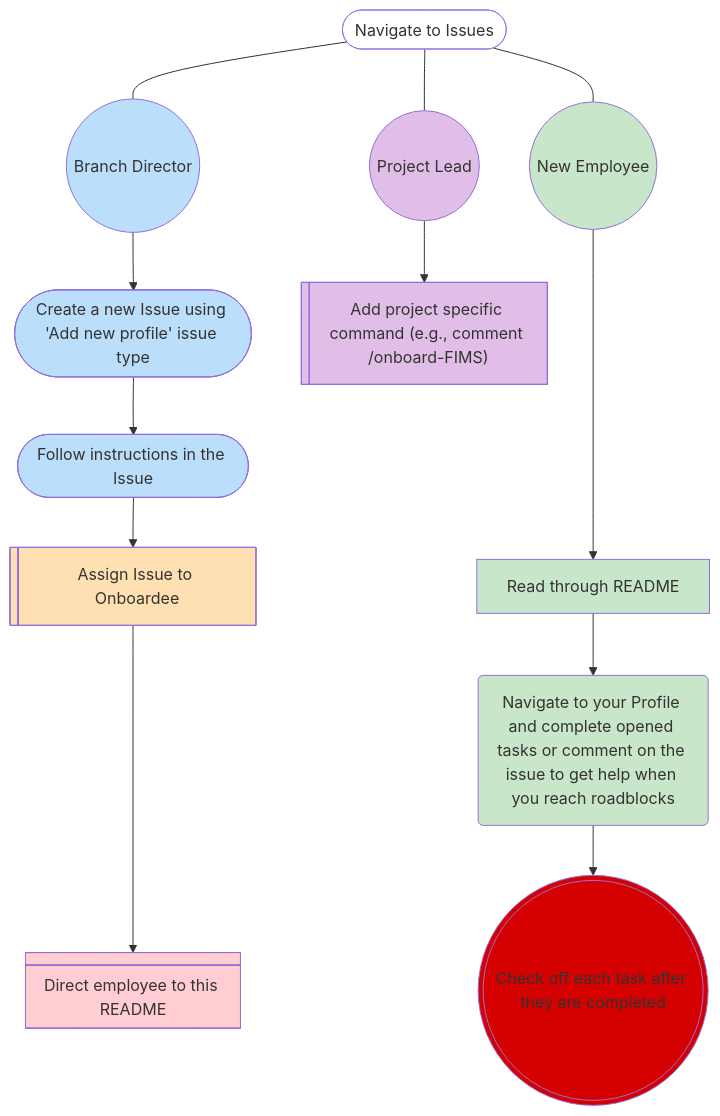
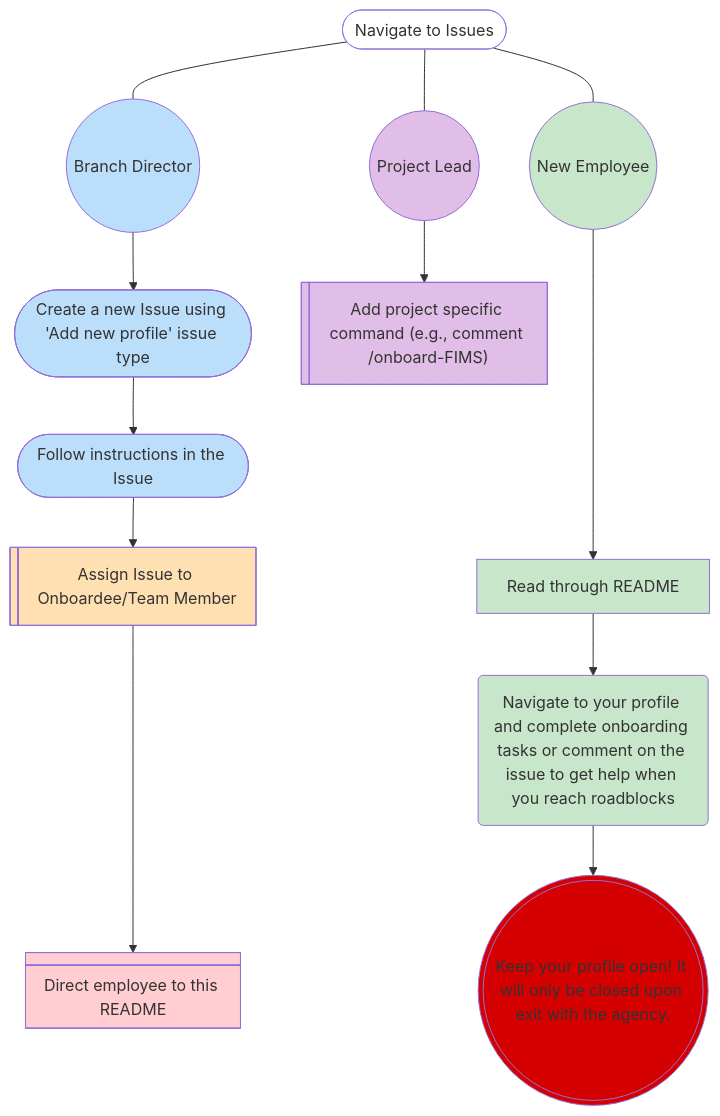
One commit to nmfs-ost/on-off-boarding changed the first of 2 diagrams in README.md. Above: the diagram before and after it, drawn with Mermaid. The commit also changed other lines of this file, not shown here.

````diff
--- a/README.md
+++ b/README.md
@@ -63,35 +69,35 @@
 ```mermaid
 ---
 config:
   theme: default
 ---
 
 flowchart TD;
     A(["Navigate to Issues"]) --- A0(("Branch Director")) & A1(("New Employee")) & PL(("Project Lead"));
     A0 --> B(["Create a new Issue using 'Add new profile' issue type"]);
     A1 ----> G["Read through README"];
     B --> C(["Follow instructions in the Issue"]);
-    C --> E["Assign Issue to Onboardee"];
+    C --> E["Assign Issue to Onboardee/Team Member"];
     PL --> D["Add project specific command (e.g., comment /onboard-FIMS)"];
-    G --> new("Navigate to your Profile and complete opened tasks or comment on the issue to get help when you reach roadblocks");
-    new --> F["Check off each task after they are completed"];
+    G --> new("Navigate to your profile and complete onboarding tasks or comment on the issue to get help when you reach roadblocks");
+    new --> F["Keep your profile open! It will only be closed upon exit with the agency."];
     E ---> H["Direct employee to this README"];
 
     E@{ shape: lin-rect};
     D@{ shape: lin-rect};
     F@{ shape: dbl-circ};
     H@{ shape: div-rect};
     style A fill:transparent;
     style A0 fill:#BBDEFB;
     style A1 fill:#C8E6C9;
     style PL fille:#F54927,fill:#E1BEE7,color:none;
     style B fill:#BBDEFB;
     style G fill:#C8E6C9;
     style C fill:#BBDEFB;
     style E fill:#FFE0B2;
     style D fill:#E1BEE7;
     style new fill:#C8E6C9;
     style F fill:#D50000;
     style H fill:#FFCDD2;
     click A "https://github.com/nmfs-ost/on-off-boarding/issues";
 ```
````
